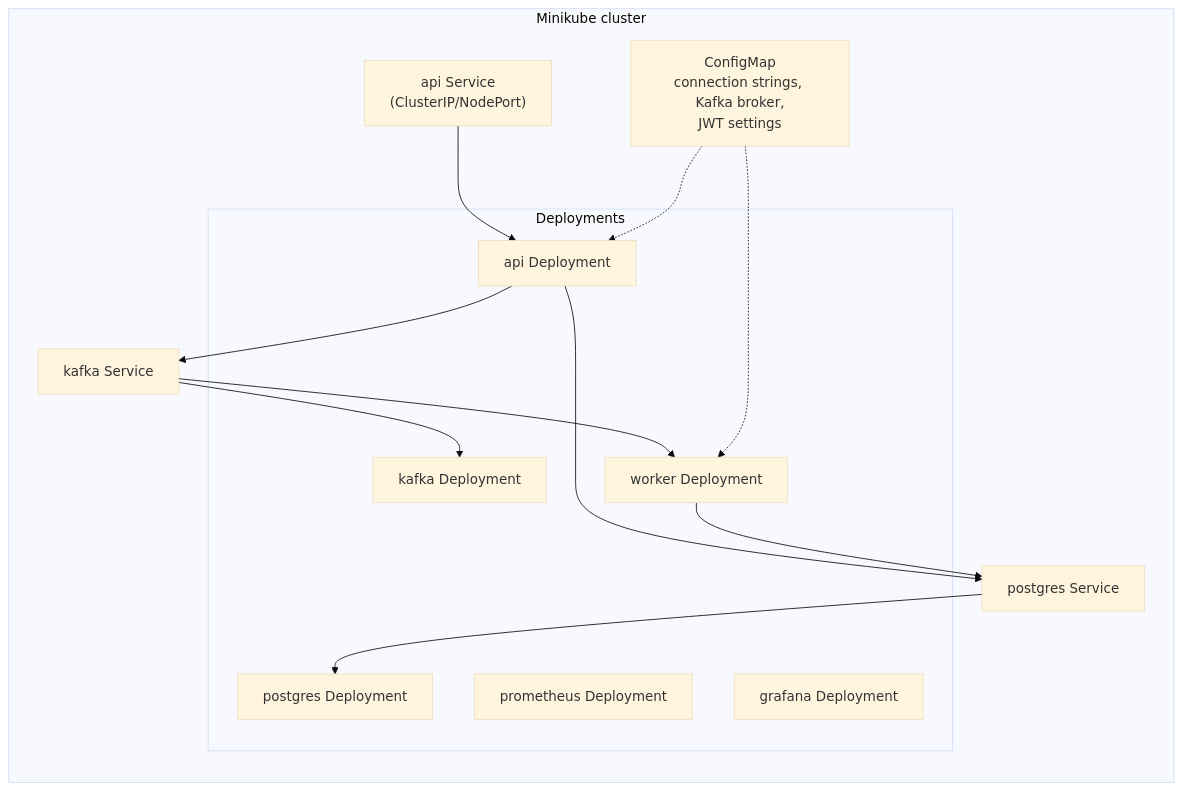
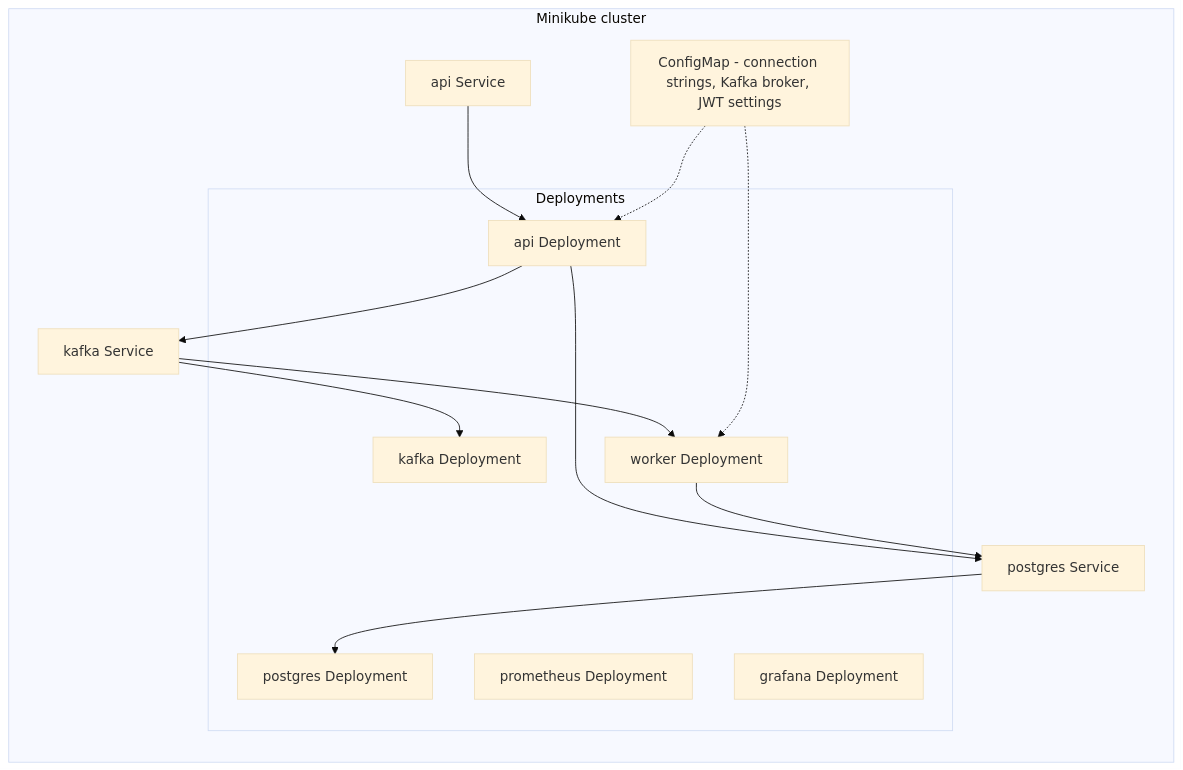
Before and after one commit to Mdotta/fiap_hackathon_NETT: the fifth of 5 diagrams in docs/architecture.md, drawn with Mermaid (base theme). The commit also changed other lines of this file and 1 other file, not shown here.

Commit message:
fix: adjust diagrams

````diff
--- a/docs/architecture.md
+++ b/docs/architecture.md
@@ -134,24 +134,24 @@
 ```mermaid
 flowchart LR
-    subgraph "Minikube cluster"
-        subgraph "Deployments"
+    subgraph Minikube["Minikube cluster"]
+        subgraph Deployments["Deployments"]
             apiDep["api Deployment"]
             workerDep["worker Deployment"]
             pgDep["postgres Deployment"]
             kafkaDep["kafka Deployment"]
             promDep["prometheus Deployment"]
             grafDep["grafana Deployment"]
         end
-        apiSvc["api Service\n(ClusterIP/NodePort)"]
+        apiSvc["api Service"]
         pgSvc["postgres Service"]
         kafkaSvc["kafka Service"]
-        cm["ConfigMap\nconnection strings, Kafka broker,\nJWT settings"]
+        cm["ConfigMap - connection strings, Kafka broker, JWT settings"]
     end
     apiSvc --> apiDep
     apiDep --> pgSvc --> pgDep
     apiDep --> kafkaSvc --> kafkaDep
     kafkaSvc --> workerDep
     workerDep --> pgSvc
     cm -.-> apiDep
     cm -.-> workerDep
 ```
````
